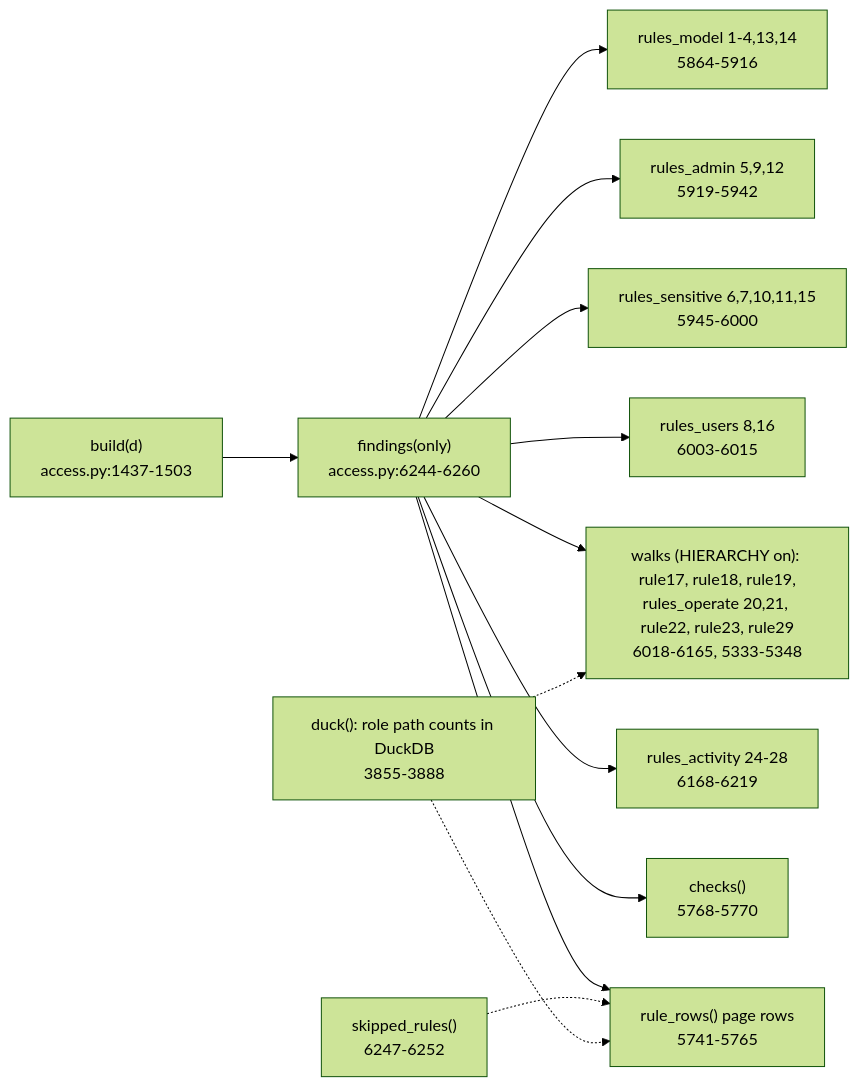
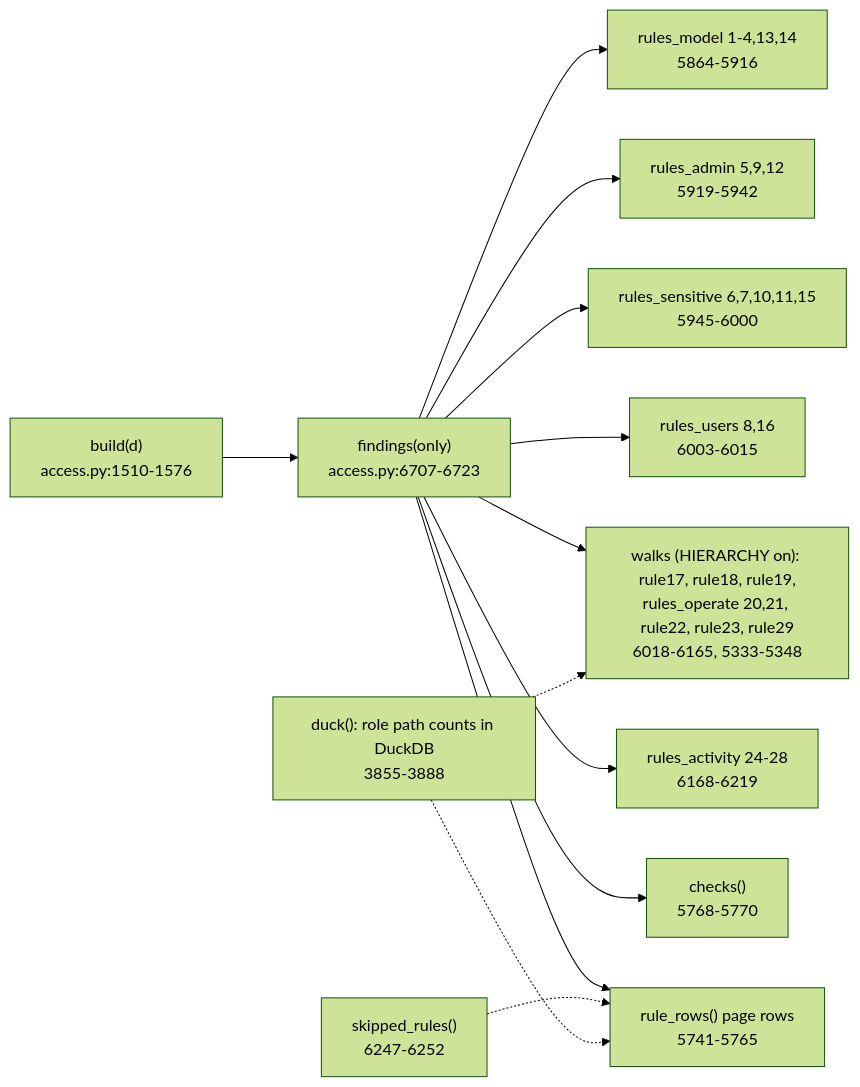
The diagram in snowflake-access-explorer-knowledge-graph/logic/rules.md (darshanmeel/snowflake-access-explorer), drawn with Mermaid (forest theme) before and after one commit. The commit also changed other lines of this file and 86 other files, not shown here.

First line of the commit message:
Knowledge graph up to a71221c: paged pages, lazy graph boxes, read order, What changed at refresh, load steps

````diff
--- a/snowflake-access-explorer-knowledge-graph/logic/rules.md
+++ b/snowflake-access-explorer-knowledge-graph/logic/rules.md
@@ -6,15 +6,15 @@
 ```mermaid
 flowchart LR
-  B["build(d)<br/>access.py:1437-1503"] --> F["findings(only)<br/>access.py:6244-6260"]
+  B["build(d)<br/>access.py:1510-1576"] --> F["findings(only)<br/>access.py:6707-6723"]
   F --> M["rules_model 1-4,13,14<br/>5864-5916"]
   F --> A["rules_admin 5,9,12<br/>5919-5942"]
   F --> S["rules_sensitive 6,7,10,11,15<br/>5945-6000"]
   F --> U["rules_users 8,16<br/>6003-6015"]
   F --> W["walks (HIERARCHY on): rule17, rule18, rule19,<br/>rules_operate 20,21, rule22, rule23, rule29<br/>6018-6165, 5333-5348"]
   F --> RA["rules_activity 24-28<br/>6168-6219"]
   F --> C["checks()<br/>5768-5770"]
   F --> RR["rule_rows() page rows<br/>5741-5765"]
   K["skipped_rules()<br/>6247-6252"] -.-> RR
   D["duck(): role path counts in DuckDB<br/>3855-3888"] -.-> RR
   D -.-> W
 ```
````
